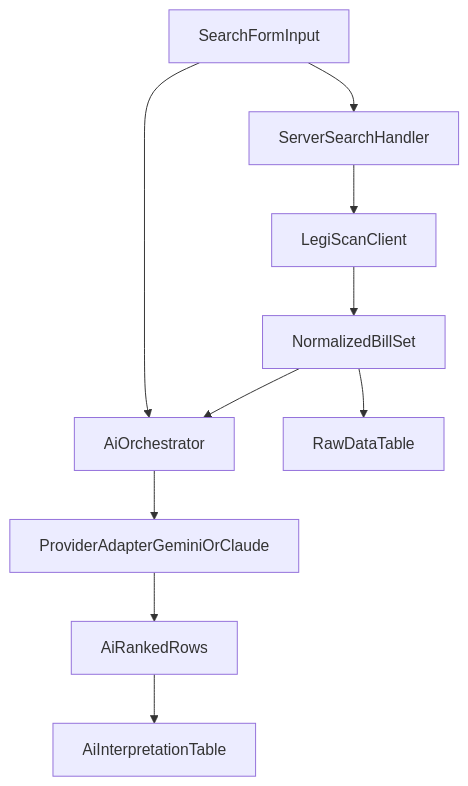
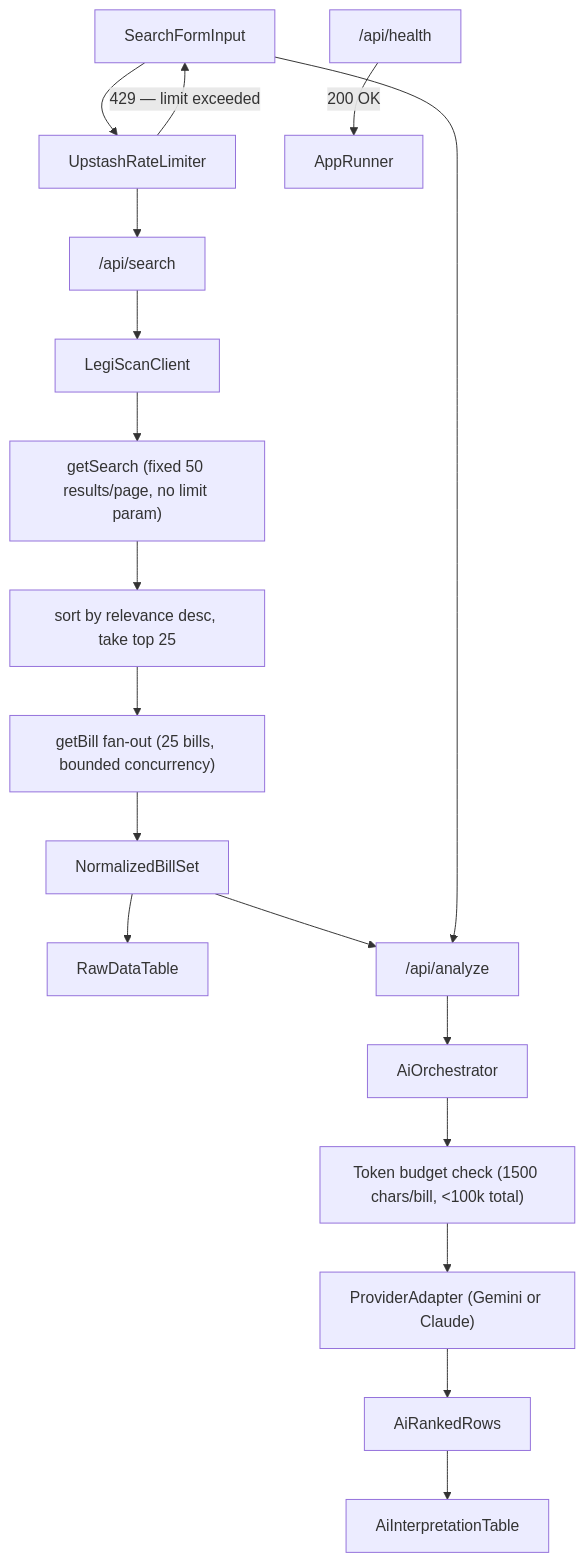
The diagram in implementation.md (reesewesterhoff/advocata), drawn with Mermaid before and after one commit. The commit also changed other lines of this file, not shown here.

````diff
--- a/implementation.md
+++ b/implementation.md
@@ -259,12 +387,20 @@
 ```mermaid
 flowchart TD
-userInput[SearchFormInput] --> serverSearch[ServerSearchHandler]
-serverSearch --> legiscanApi[LegiScanClient]
-legiscanApi --> normalizedBills[NormalizedBillSet]
-normalizedBills --> aiOrchestrator[AiOrchestrator]
-userInput --> aiOrchestrator
-aiOrchestrator --> providerAdapter[ProviderAdapterGeminiOrClaude]
-providerAdapter --> aiRankedRows[AiRankedRows]
-normalizedBills --> rawTable[RawDataTable]
-aiRankedRows --> rankedTable[AiInterpretationTable]
+    userInput[SearchFormInput] --> rateLimiter[UpstashRateLimiter]
+    rateLimiter -->|"429 — limit exceeded"| userInput
+    rateLimiter --> searchRoute["/api/search"]
+    searchRoute --> legiscanClient[LegiScanClient]
+    legiscanClient --> getSearch["getSearch (fixed 50 results/page, no limit param)"]
+    getSearch --> relevanceSort["sort by relevance desc, take top 25"]
+    relevanceSort --> billFanOut["getBill fan-out (25 bills, bounded concurrency)"]
+    billFanOut --> normalizedBills[NormalizedBillSet]
+    normalizedBills --> rawTable[RawDataTable]
+    normalizedBills --> analyzeRoute["/api/analyze"]
+    userInput --> analyzeRoute
+    analyzeRoute --> aiOrchestrator[AiOrchestrator]
+    aiOrchestrator --> tokenBudget["Token budget check (1500 chars/bill, <100k total)"]
+    tokenBudget --> providerAdapter["ProviderAdapter (Gemini or Claude)"]
+    providerAdapter --> aiRankedRows[AiRankedRows]
+    aiRankedRows --> rankedTable[AiInterpretationTable]
+    healthCheck["/api/health"] -->|"200 OK"| appRunner[AppRunner]
 ```
````
